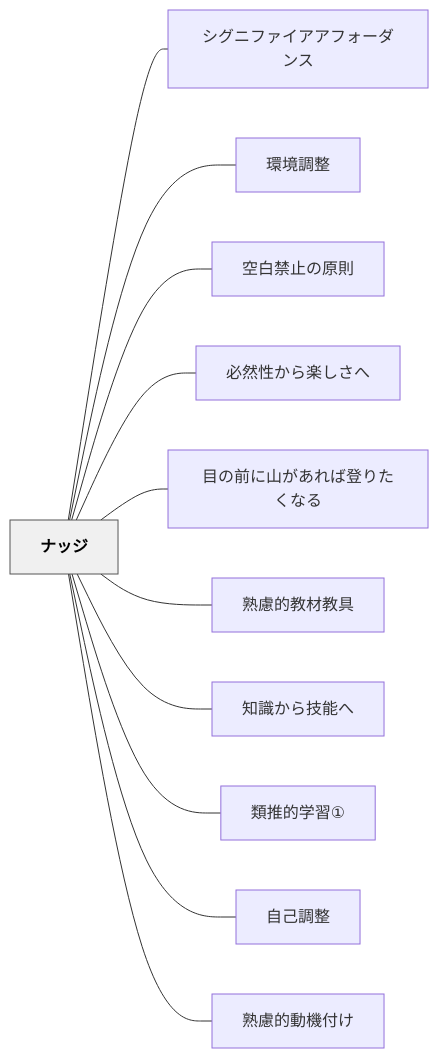
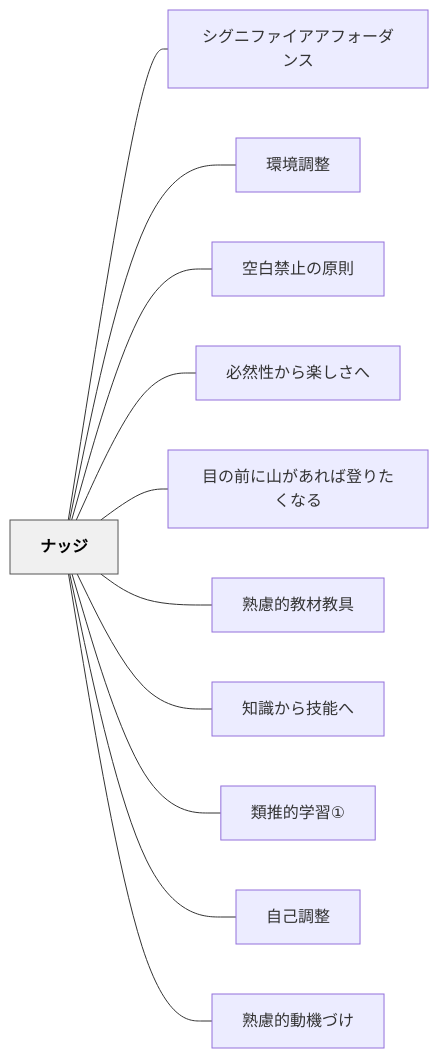
Before and after one commit to unknownthings-ed-patterns/unknownthings-ed-patterns: the diagram in content/パタン/ナッジ.md, drawn with Mermaid. The commit also changed other lines of this file and 234 other files, not shown here.

````diff
--- a/content/パタン/ナッジ.md
+++ b/content/パタン/ナッジ.md
@@ -85,28 +85,28 @@
 ```mermaid
 flowchart LR
     ne3838ae38383e382b8["ナッジ"]
     ne382b7e382b0e3838be38395e382a1e382a4e382a2e382a2e38395e382a9e383bce38380e383b3e382b9["シグニファイアアフォーダンス"]
     ne792b0e5a283e8aabfe695b4["環境調整"]
     ne7a9bae799bde7a681e6ada2e381aee58e9fe58987["空白禁止の原則"]
     ne5bf85e784b6e680a7e3818be38289e6a5bde38197e38195e381b8["必然性から楽しさへ"]
     ne79baee381aee5898de381abe5b1b1e3818ce38182e3828ce381b0e799bbe3828ae3819fe3818fe381aae3828b["目の前に山があれば登りたくなる"]
     ne7869fe685aee79a84e69599e69d90e69599e585b7["熟慮的教材教具"]
     ne79fa5e8ad98e3818be38289e68a80e883bde381b8["知識から技能へ"]
     ne9a19ee68ea8e79a84e5ada6e7bf92e291a0["類推的学習①"]
     ne887aae5b7b1e8aabfe695b4["自己調整"]
-    ne7869fe685aee79a84e58b95e6a99fe4bb98e38191["熟慮的動機付け"]
+    ne7869fe685aee79a84e58b95e6a99fe381a5e38191["熟慮的動機づけ"]
 
     ne3838ae38383e382b8 --- ne382b7e382b0e3838be38395e382a1e382a4e382a2e382a2e38395e382a9e383bce38380e383b3e382b9
     ne3838ae38383e382b8 --- ne792b0e5a283e8aabfe695b4
     ne3838ae38383e382b8 --- ne7a9bae799bde7a681e6ada2e381aee58e9fe58987
     ne3838ae38383e382b8 --- ne5bf85e784b6e680a7e3818be38289e6a5bde38197e38195e381b8
     ne3838ae38383e382b8 --- ne79baee381aee5898de381abe5b1b1e3818ce38182e3828ce381b0e799bbe3828ae3819fe3818fe381aae3828b
     ne3838ae38383e382b8 --- ne7869fe685aee79a84e69599e69d90e69599e585b7
     ne3838ae38383e382b8 --- ne79fa5e8ad98e3818be38289e68a80e883bde381b8
     ne3838ae38383e382b8 --- ne9a19ee68ea8e79a84e5ada6e7bf92e291a0
     ne3838ae38383e382b8 --- ne887aae5b7b1e8aabfe695b4
-    ne3838ae38383e382b8 --- ne7869fe685aee79a84e58b95e6a99fe4bb98e38191
+    ne3838ae38383e382b8 --- ne7869fe685aee79a84e58b95e6a99fe381a5e38191
 
     classDef hub fill:#f0f0f0,stroke:#555,color:#000,font-weight:bold
     class ne3838ae38383e382b8 hub
 ```
````
